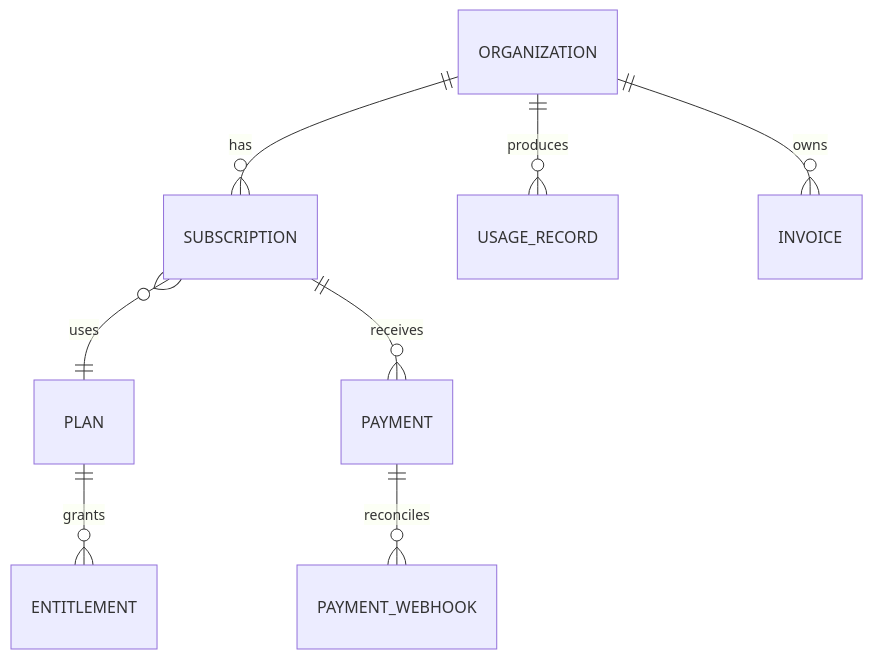
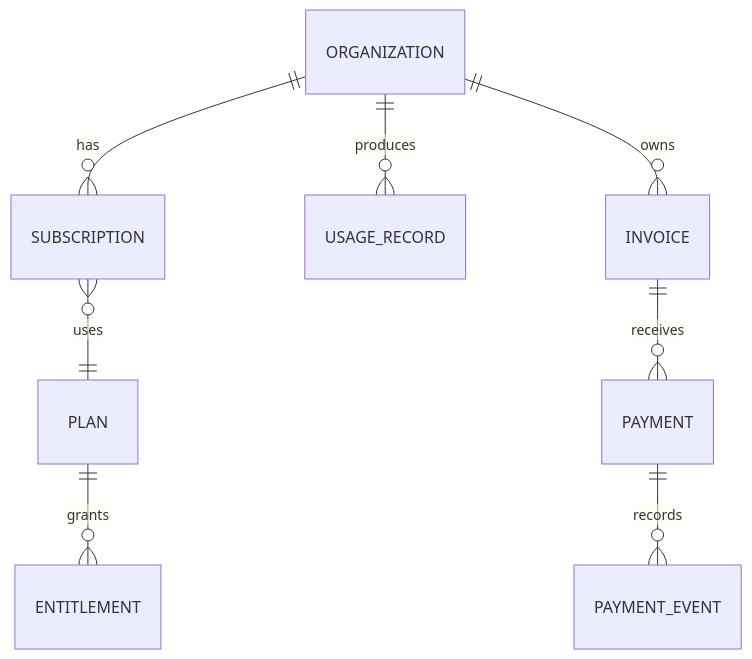
The first of 5 diagrams in docs/domain/billing.md (D-engahmed/OMILINKS), drawn with Mermaid before and after one commit. The commit also changed other lines of this file and 1 other file, not shown here.

```diff
--- a/docs/domain/billing.md
+++ b/docs/domain/billing.md
@@ -11,10 +13,10 @@
 ~~~mermaid
 erDiagram
-ORGANIZATION ||--o{ SUBSCRIPTION : has
-PLAN ||--o{ ENTITLEMENT : grants
-SUBSCRIPTION }o--|| PLAN : uses
-ORGANIZATION ||--o{ USAGE_RECORD : produces
-SUBSCRIPTION ||--o{ PAYMENT : receives
-PAYMENT ||--o{ PAYMENT_WEBHOOK : reconciles
-ORGANIZATION ||--o{ INVOICE : owns
+    ORGANIZATION ||--o{ SUBSCRIPTION : has
+    PLAN ||--o{ ENTITLEMENT : grants
+    SUBSCRIPTION }o--|| PLAN : uses
+    ORGANIZATION ||--o{ USAGE_RECORD : produces
+    ORGANIZATION ||--o{ INVOICE : owns
+    INVOICE ||--o{ PAYMENT : receives
+    PAYMENT ||--o{ PAYMENT_EVENT : records
 ~~~
```
